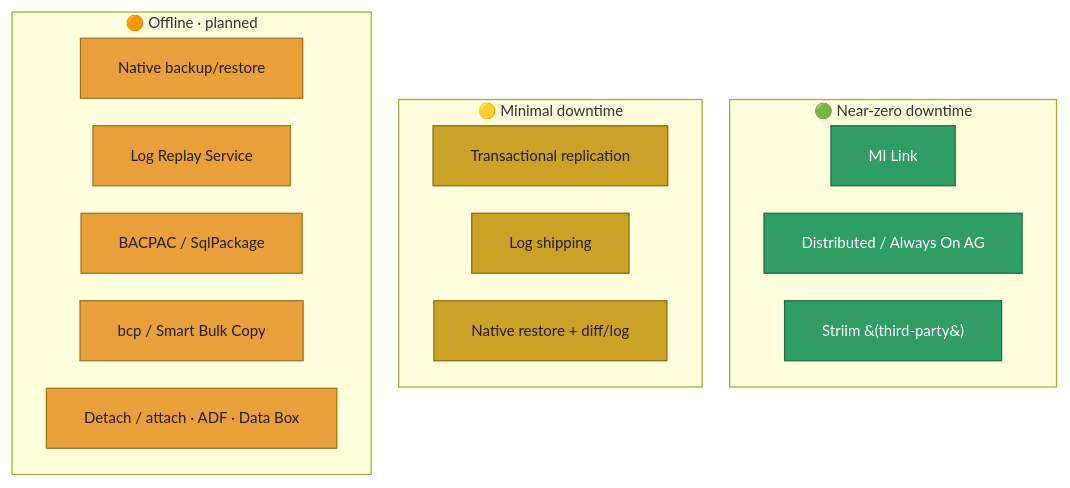
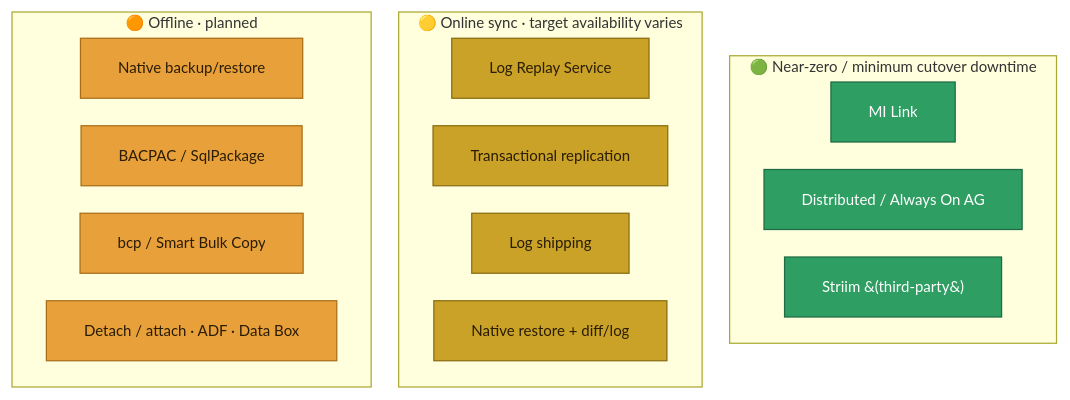
Before and after one commit to fredgis/sql-migration-advisor: the third of 4 diagrams in docs/sql-server-to-azure-migration.md, drawn with Mermaid. The commit also changed other lines of this file and 19 other files, not shown here.

````diff
--- a/docs/sql-server-to-azure-migration.md
+++ b/docs/sql-server-to-azure-migration.md
@@ -273,27 +275,27 @@
 ```mermaid
 %%{init: {'flowchart': {'nodeSpacing': 22, 'rankSpacing': 30}, 'themeVariables': {'fontSize': '12px'}}}%%
 flowchart TB
-    subgraph NZ["🟢 Near-zero downtime"]
+    subgraph NZ["🟢 Near-zero / minimum cutover downtime"]
         N1[MI Link]
         N2[Distributed / Always On AG]
         N3[Striim &#40;third-party&#41;]
     end
-    subgraph MIN["🟡 Minimal downtime"]
+    subgraph ONSYNC["🟡 Online sync · target availability varies"]
+        L0[Log Replay Service]
         L1[Transactional replication]
         L2[Log shipping]
         L3[Native restore + diff/log]
     end
     subgraph OFF["🟠 Offline · planned"]
         F1[Native backup/restore]
-        F2[Log Replay Service]
         F3[BACPAC / SqlPackage]
         F4[bcp / Smart Bulk Copy]
         F5[Detach / attach · ADF · Data Box]
     end
     classDef nz fill:#2E9E63,stroke:#1F6B43,color:#fff;
     classDef mn fill:#C9A227,stroke:#8A6D10,color:#2a1c05;
     classDef of fill:#E8A13A,stroke:#A86E18,color:#2a1c05;
     class N1,N2,N3 nz;
-    class L1,L2,L3 mn;
-    class F1,F2,F3,F4,F5 of;
+    class L0,L1,L2,L3 mn;
+    class F1,F3,F4,F5 of;
 ```
````
